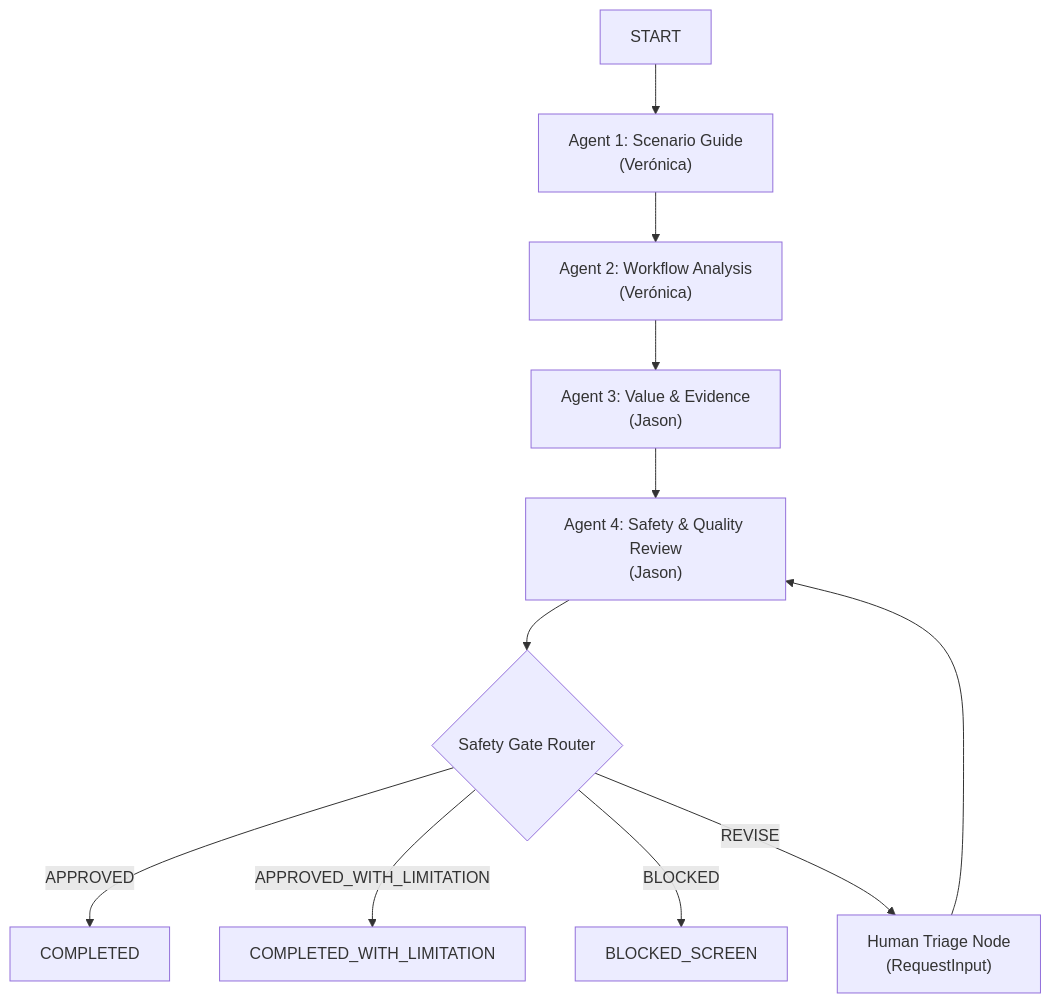
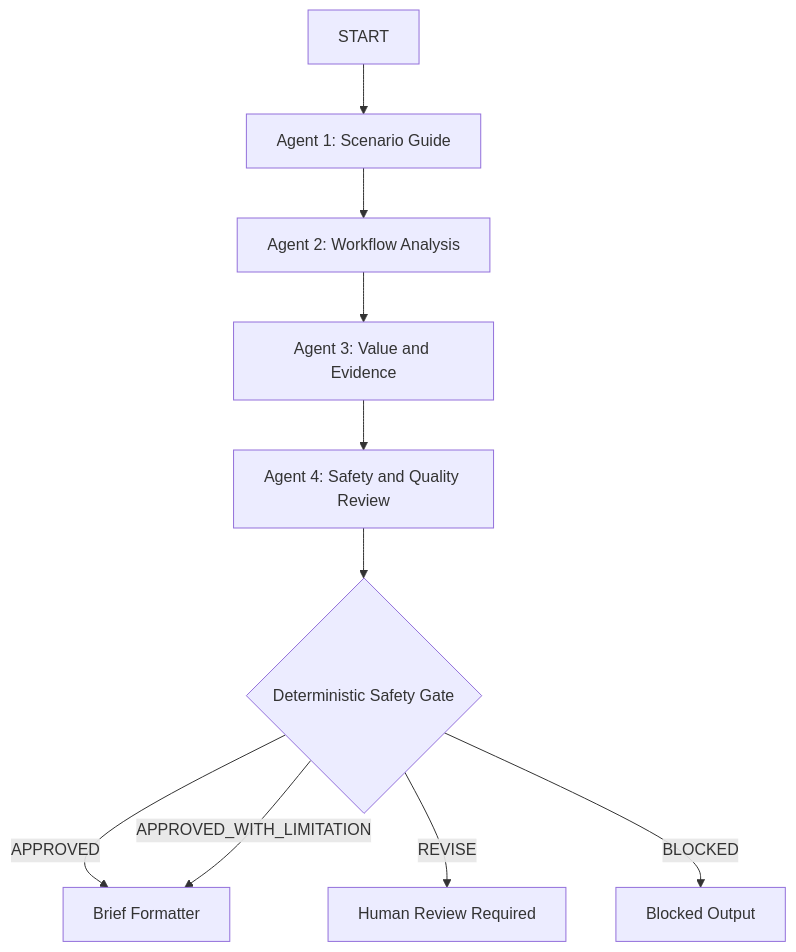
Before and after one commit to Start-with-wAI/wai-scenario-lab: the diagram in core-lab/docs/architecture.md, drawn with Mermaid. The commit also changed other lines of this file and 89 other files, not shown here.

````diff
--- a/core-lab/docs/architecture.md
+++ b/core-lab/docs/architecture.md
@@ -13,13 +13,12 @@
 ```mermaid
 graph TD
-    START --> Agent1["Agent 1: Scenario Guide<br>(Verónica)"]
-    Agent1 --> Agent2["Agent 2: Workflow Analysis<br>(Verónica)"]
-    Agent2 --> Agent3["Agent 3: Value & Evidence<br>(Jason)"]
-    Agent3 --> Agent4["Agent 4: Safety & Quality Review<br>(Jason)"]
-    Agent4 --> SafetyGate{"Safety Gate Router"}
-    SafetyGate -- "APPROVED" --> COMPLETED
-    SafetyGate -- "APPROVED_WITH_LIMITATION" --> COMPLETED_WITH_LIMITATION
-    SafetyGate -- "BLOCKED" --> BLOCKED_SCREEN
-    SafetyGate -- "REVISE" --> HumanTriage["Human Triage Node<br>(RequestInput)"]
-    HumanTriage --> Agent4
+    START --> Agent1["Agent 1: Scenario Guide"]
+    Agent1 --> Agent2["Agent 2: Workflow Analysis"]
+    Agent2 --> Agent3["Agent 3: Value and Evidence"]
+    Agent3 --> Agent4["Agent 4: Safety and Quality Review"]
+    Agent4 --> SafetyGate{"Deterministic Safety Gate"}
+    SafetyGate -- "APPROVED" --> Brief["Brief Formatter"]
+    SafetyGate -- "APPROVED_WITH_LIMITATION" --> Brief
+    SafetyGate -- "REVISE" --> HumanReview["Human Review Required"]
+    SafetyGate -- "BLOCKED" --> Blocked["Blocked Output"]
 ```
````
